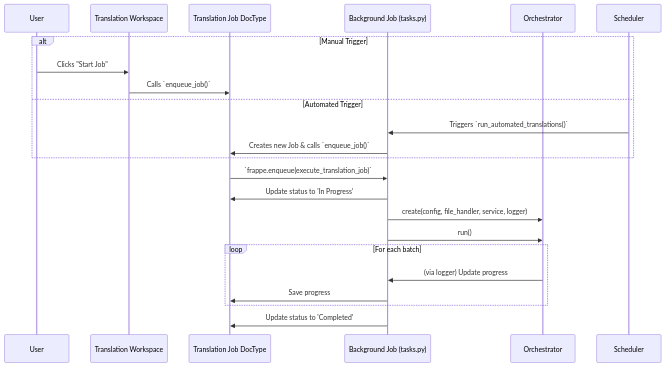
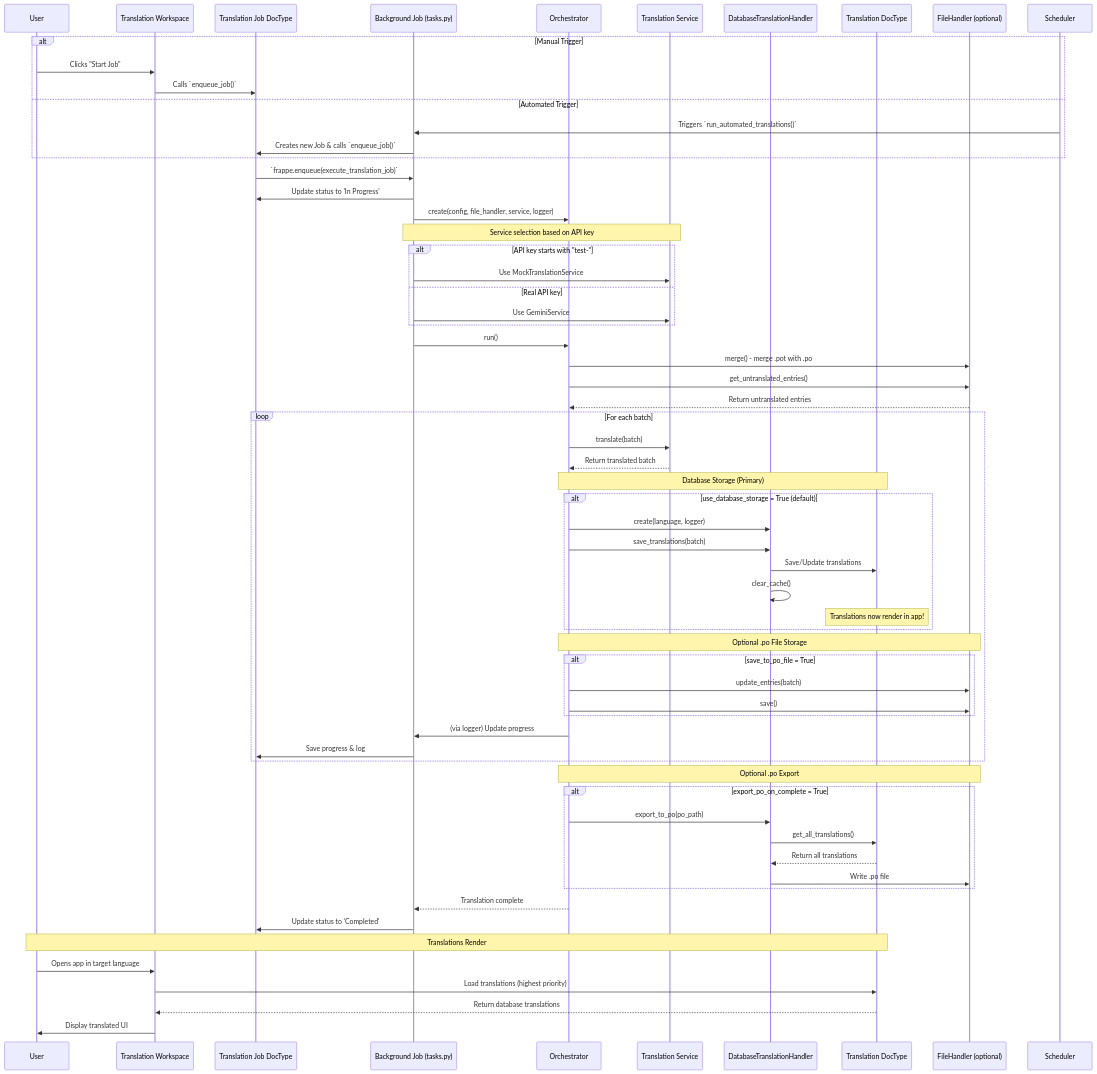
One commit to SebstnRodri/translation_hub changed the third of 3 diagrams in docs/developer_guide/architecture.md. Above: the diagram before and after it, drawn with Mermaid. The commit also changed other lines of this file, not shown here.

First line of the commit message:
docs: complete sequence diagram with database storage flow

````diff
--- a/docs/developer_guide/architecture.md
+++ b/docs/developer_guide/architecture.md
@@ -194,30 +317,79 @@
 ```mermaid
 sequenceDiagram
     participant User
     participant Workspace as Translation Workspace
     participant JobDoc as Translation Job DocType
     participant BGJob as Background Job (tasks.py)
     participant Orch as Orchestrator
+    participant Service as Translation Service
+    participant DBHandler as DatabaseTranslationHandler
+    participant TransDoc as Translation DocType
+    participant FileHandler as FileHandler (optional)
 
     alt Manual Trigger
         User->>Workspace: Clicks "Start Job"
         Workspace->>JobDoc: Calls `enqueue_job()`
     else Automated Trigger
         participant Scheduler
         Scheduler->>BGJob: Triggers `run_automated_translations()`
         BGJob->>JobDoc: Creates new Job & calls `enqueue_job()`
     end
 
     JobDoc->>BGJob: `frappe.enqueue(execute_translation_job)`
     
     BGJob->>JobDoc: Update status to 'In Progress'
     BGJob->>Orch: create(config, file_handler, service, logger)
+    
+    Note over BGJob,Service: Service selection based on API key
+    alt API key starts with "test-"
+        BGJob->>Service: Use MockTranslationService
+    else Real API key
+        BGJob->>Service: Use GeminiService
+    end
+    
     BGJob->>Orch: run()
-
+    
+    Orch->>FileHandler: merge() - merge .pot with .po
+    Orch->>FileHandler: get_untranslated_entries()
+    FileHandler-->>Orch: Return untranslated entries
+    
     loop For each batch
+        Orch->>Service: translate(batch)
+        Service-->>Orch: Return translated batch
+        
+        Note over Orch,TransDoc: Database Storage (Primary)
+        alt use_database_storage = True (default)
+            Orch->>DBHandler: create(language, logger)
+            Orch->>DBHandler: save_translations(batch)
+            DBHandler->>TransDoc: Save/Update translations
+            DBHandler->>DBHandler: clear_cache()
+            Note over TransDoc: Translations now render in app!
+        end
+        
+        Note over Orch,FileHandler: Optional .po File Storage
+        alt save_to_po_file = True
+            Orch->>FileHandler: update_entries(batch)
+            Orch->>FileHandler: save()
+        end
+        
         Orch->>BGJob: (via logger) Update progress
-        BGJob->>JobDoc: Save progress
+        BGJob->>JobDoc: Save progress & log
     end
-
+    
+    Note over Orch,FileHandler: Optional .po Export
+    alt export_po_on_complete = True
+        Orch->>DBHandler: export_to_po(po_path)
+        DBHandler->>TransDoc: get_all_translations()
+        TransDoc-->>DBHandler: Return all translations
+        DBHandler->>FileHandler: Write .po file
+    end
+    
+    Orch-->>BGJob: Translation complete
     BGJob->>JobDoc: Update status to 'Completed'
+    
+    Note over User,TransDoc: Translations Render
+    User->>Workspace: Opens app in target language
+    Workspace->>TransDoc: Load translations (highest priority)
+    TransDoc-->>Workspace: Return database translations
+    Workspace->>User: Display translated UI
 ```
````
